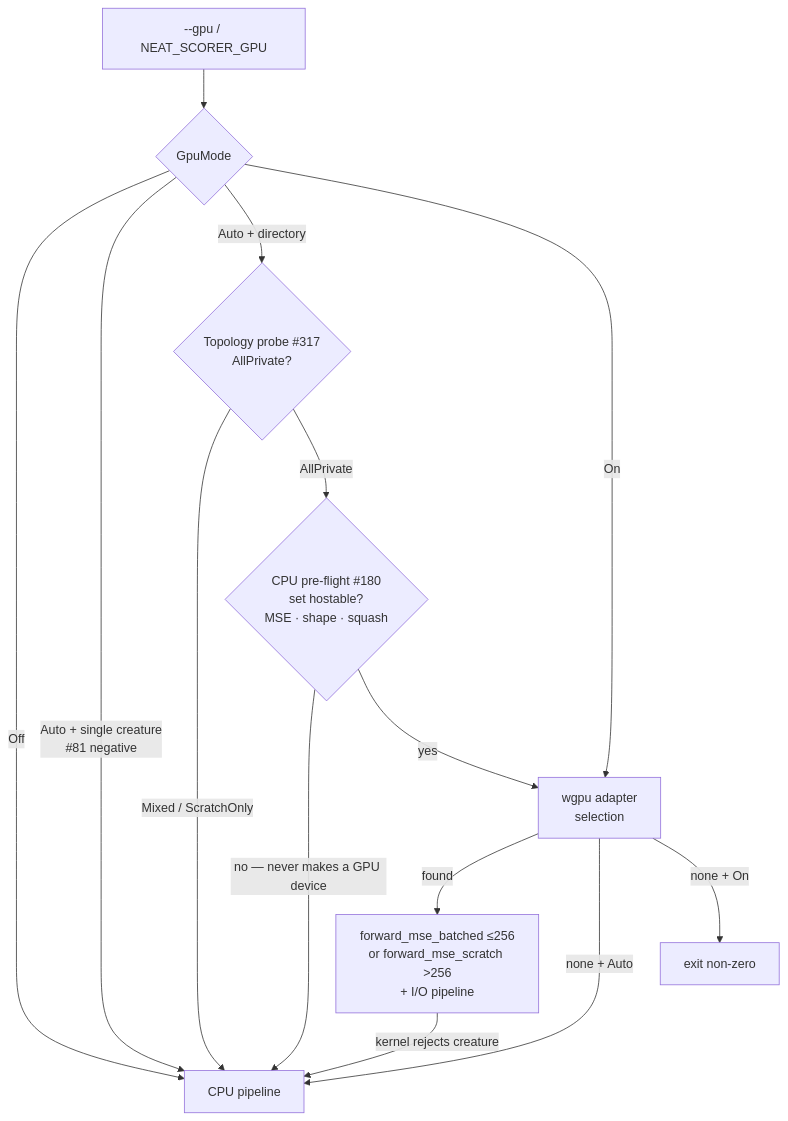
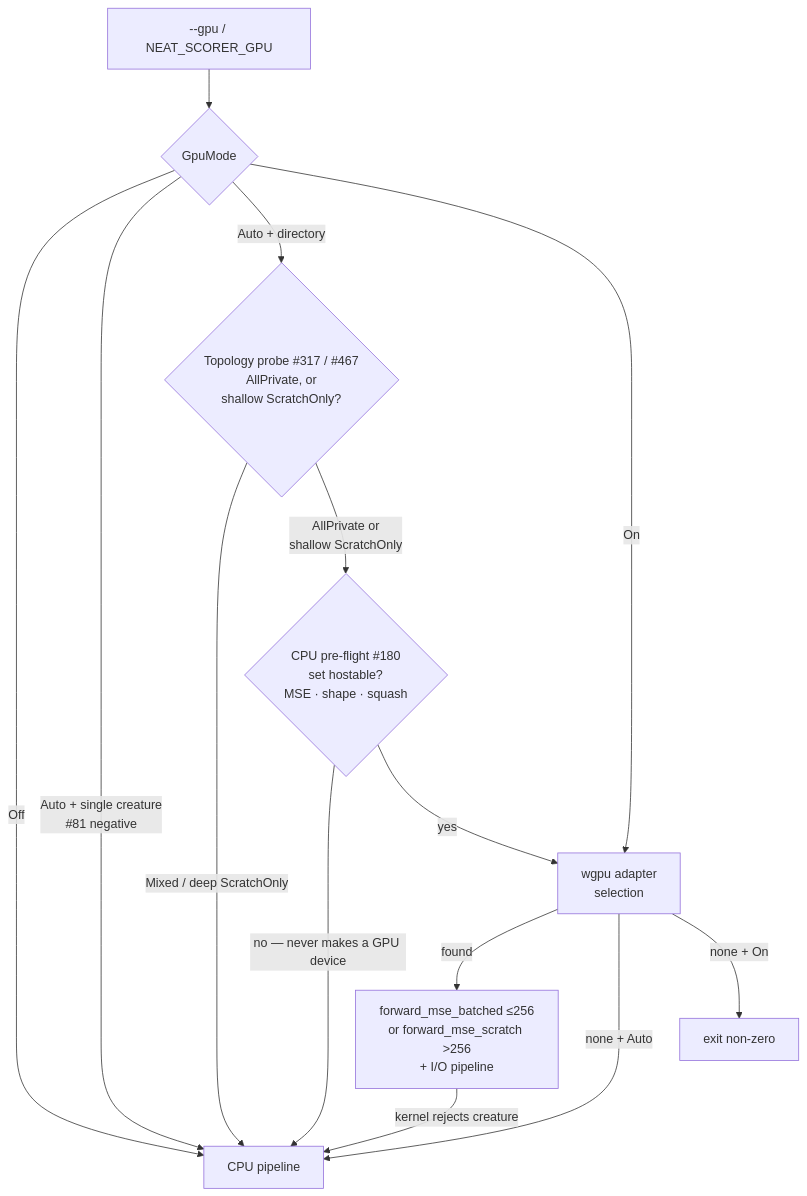
Before and after one commit to stSoftwareAU/NEAT-AI-scorer: the second of 12 diagrams in README.md, drawn with Mermaid. The commit also changed other lines of this file and 13 other files, not shown here.

First line of the commit message:
Route shallow scratch pools to GPU under --gpu auto (Issue #467) (#468)

````diff
--- a/README.md
+++ b/README.md
@@ -137,16 +137,16 @@
 ```mermaid
 flowchart TD
     CLI[--gpu / NEAT_SCORER_GPU] --> Mode{GpuMode}
     Mode -->|Off| CPU[CPU pipeline]
     Mode -->|Auto + single creature<br/>#81 negative| CPU
-    Mode -->|Auto + directory| Topo{Topology probe #317<br/>AllPrivate?}
-    Topo -->|Mixed / ScratchOnly| CPU
-    Topo -->|AllPrivate| Preflight{CPU pre-flight #180<br/>set hostable?<br/>MSE · shape · squash}
+    Mode -->|Auto + directory| Topo{Topology probe #317 / #467<br/>AllPrivate, or<br/>shallow ScratchOnly?}
+    Topo -->|Mixed / deep ScratchOnly| CPU
+    Topo -->|AllPrivate or<br/>shallow ScratchOnly| Preflight{CPU pre-flight #180<br/>set hostable?<br/>MSE · shape · squash}
     Mode -->|On| Adapter[wgpu adapter<br/>selection]
     Preflight -->|no — never makes a GPU device| CPU
     Preflight -->|yes| Adapter
     Adapter -->|found| GPUKernel[forward_mse_batched ≤256<br/>or forward_mse_scratch >256<br/>+ I/O pipeline]
     Adapter -->|none + Auto| CPU
     Adapter -->|none + On| Err[exit non-zero]
     GPUKernel -->|kernel rejects creature| CPU
 ```
````
